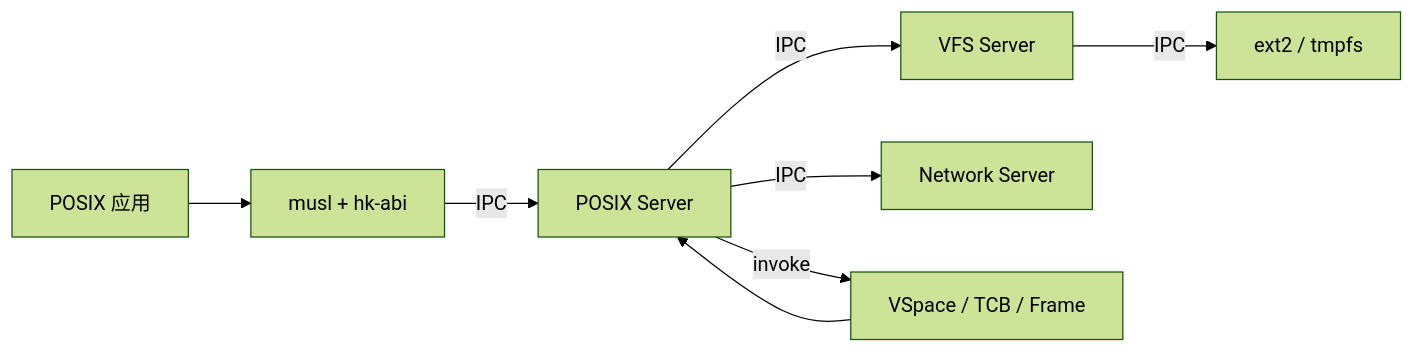
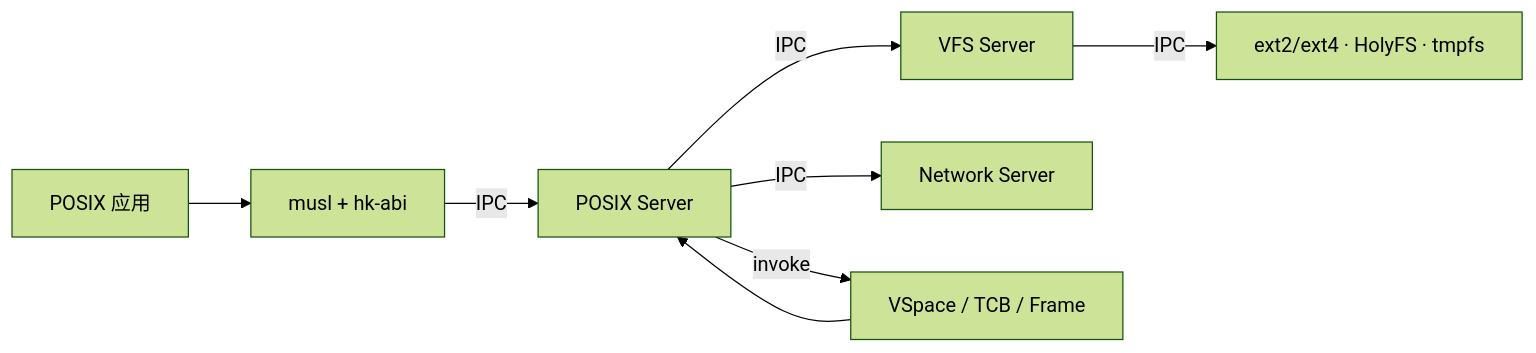
Before and after one commit to hongweifei/HolyKernel: the fourth of 5 diagrams in docs/architecture.md, drawn with Mermaid (forest theme). The commit also changed other lines of this file and 10 other files, not shown here.

First line of the commit message:
docs: integrate HolyFS across VFS, POSIX and boot

````diff
--- a/docs/architecture.md
+++ b/docs/architecture.md
@@ -221,10 +222,10 @@
 ```mermaid
 flowchart LR
     App["POSIX 应用"] --> Libc["musl + hk-abi"]
     Libc -->|IPC| POSIX["POSIX Server"]
     POSIX -->|IPC| VFS["VFS Server"]
-    VFS -->|IPC| FS["ext2 / tmpfs"]
+    VFS -->|IPC| FS["ext2/ext4 · HolyFS · tmpfs"]
     POSIX -->|IPC| Net["Network Server"]
     POSIX -->|invoke| Kernel["VSpace / TCB / Frame"]
     Kernel --> POSIX
 ```
````
